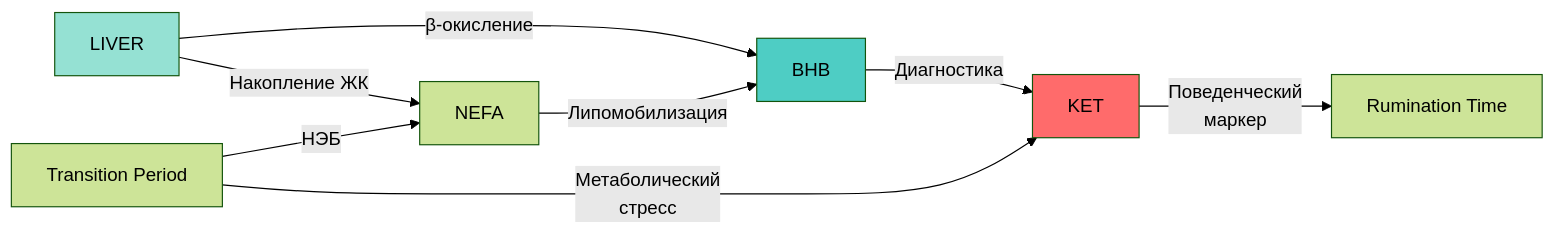
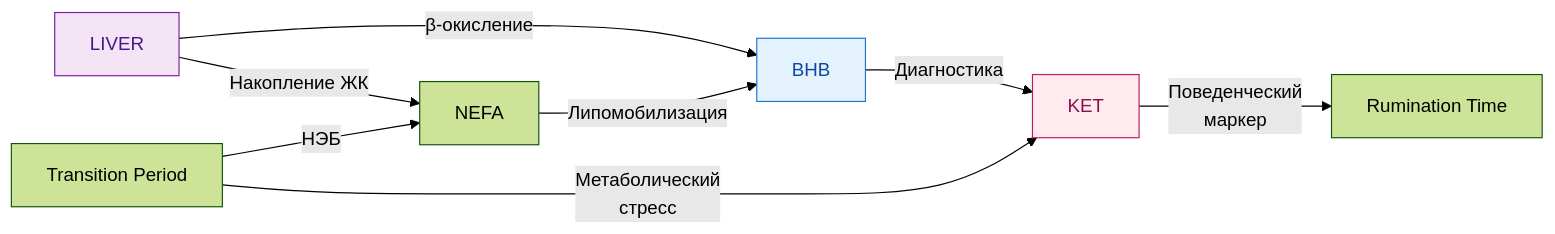
One commit to StanisSerg/PACK-cattle-science changed the second of 6 diagrams in pack/cattle-science/02-domain-entities/03-interpretations/02B10-entity-graph.md. Above: the diagram before and after it, drawn with Mermaid (forest theme). The commit also changed other lines of this file and 1 other file, not shown here.

First line of the commit message:
WP-75: Update graph colors to lighter pastel palette

````diff
--- a/pack/cattle-science/02-domain-entities/03-interpretations/02B10-entity-graph.md
+++ b/pack/cattle-science/02-domain-entities/03-interpretations/02B10-entity-graph.md
@@ -74,16 +74,16 @@
 ```mermaid
 graph LR
     NEFA -->|Липомобилизация| BHB
     BHB -->|Диагностика| KET
     KET -->|Поведенческий<br/>маркер| RUM[Rumination Time]
     
     LIVER -->|β-окисление| BHB
     LIVER -->|Накопление ЖК| NEFA
     
     TRANS[Transition Period] -->|НЭБ| NEFA
     TRANS -->|Метаболический<br/>стресс| KET
     
-    style KET fill:#ff6b6b
-    style BHB fill:#4ecdc4
-    style LIVER fill:#95e1d3
+    style KET fill:#ffebee,stroke:#c2185b,color:#880e4f
+    style BHB fill:#e3f2fd,stroke:#1976d2,color:#0d47a1
+    style LIVER fill:#f3e5f5,stroke:#7b1fa2,color:#4a148c
 ```
````
